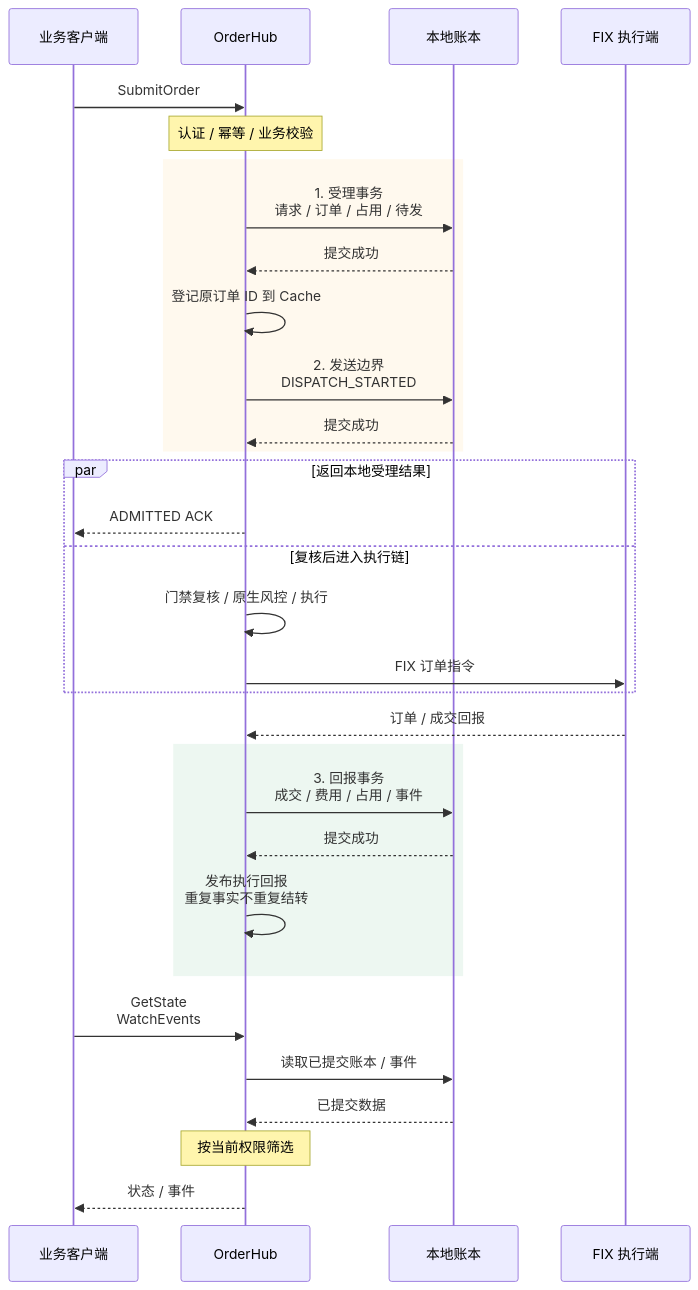
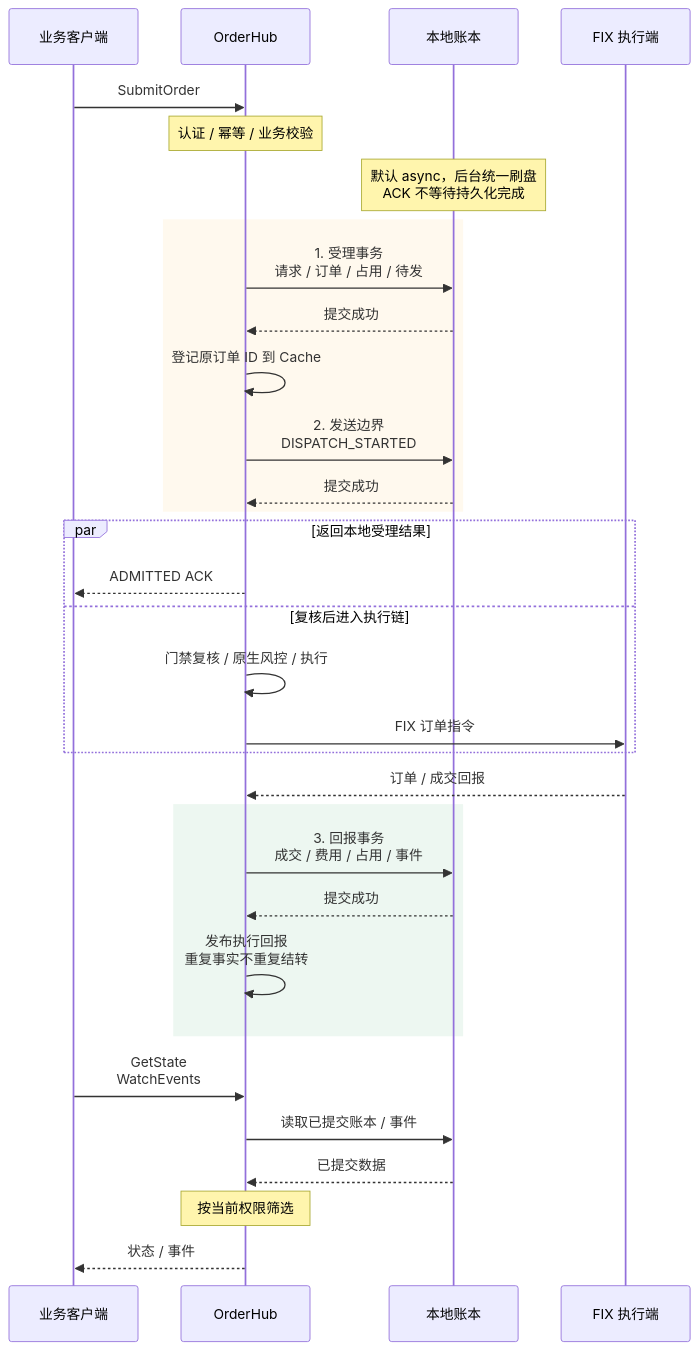
One commit to kmind-git/OrderHub changed the second of 3 diagrams in README.md. Above: the diagram before and after it, drawn with Mermaid. The commit also changed other lines of this file and 27 other files, not shown here.

````diff
--- a/README.md
+++ b/README.md
@@ -104,38 +107,39 @@
 ```mermaid
 sequenceDiagram
     participant C as 业务客户端
     participant O as OrderHub
     participant J as 本地账本
     participant X as FIX 执行端
 
     C->>O: SubmitOrder
     Note over O: 认证 / 幂等 / 业务校验
+    Note over J: 默认 async，后台统一刷盘<br/>ACK 不等待持久化完成
 
     rect rgba(255, 196, 87, 0.10)
         O->>J: 1. 受理事务<br/>请求 / 订单 / 占用 / 待发
         J-->>O: 提交成功
         O->>O: 登记原订单 ID 到 Cache
         O->>J: 2. 发送边界<br/>DISPATCH_STARTED
         J-->>O: 提交成功
     end
 
     par 返回本地受理结果
         O-->>C: ADMITTED ACK
     and 复核后进入执行链
         O->>O: 门禁复核 / 原生风控 / 执行
         O->>X: FIX 订单指令
     end
 
     X-->>O: 订单 / 成交回报
     rect rgba(76, 175, 122, 0.10)
         O->>J: 3. 回报事务<br/>成交 / 费用 / 占用 / 事件
         J-->>O: 提交成功
         O->>O: 发布执行回报<br/>重复事实不重复结转
     end
 
     C->>O: GetState<br/>WatchEvents
     O->>J: 读取已提交账本 / 事件
     J-->>O: 已提交数据
     Note over O: 按当前权限筛选
     O-->>C: 状态 / 事件
 ```
````
